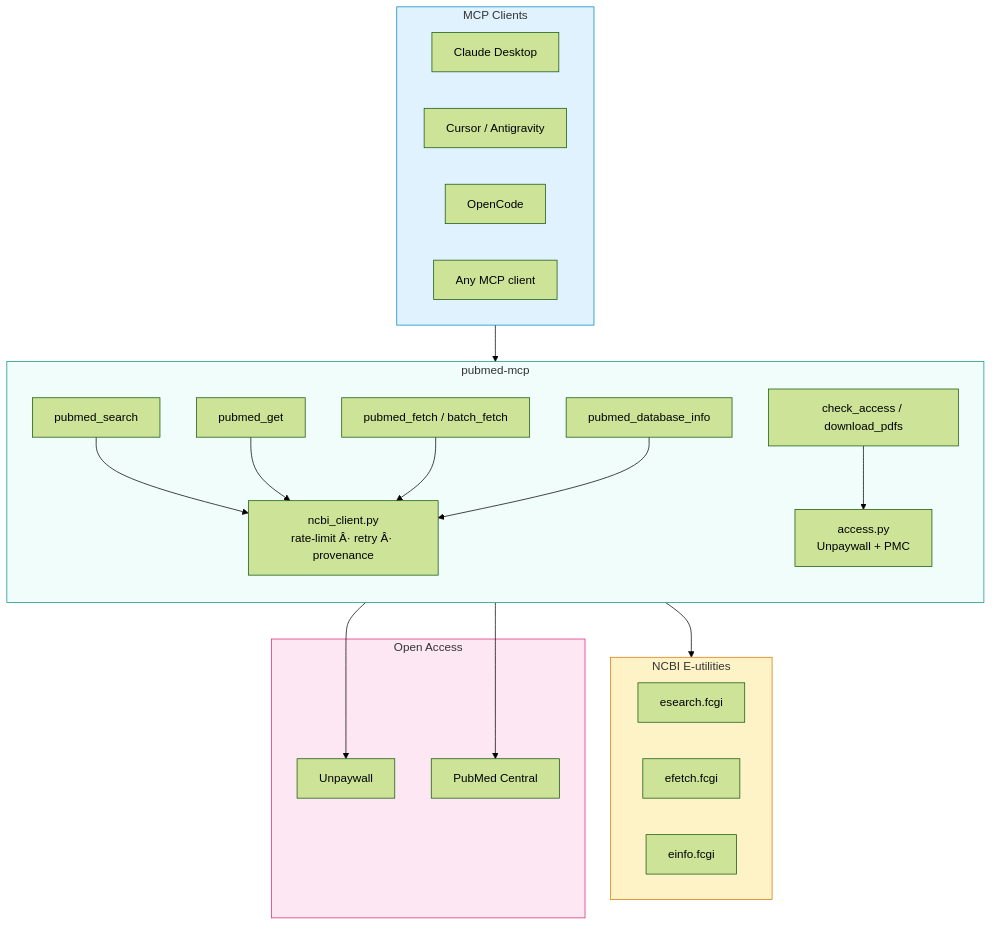
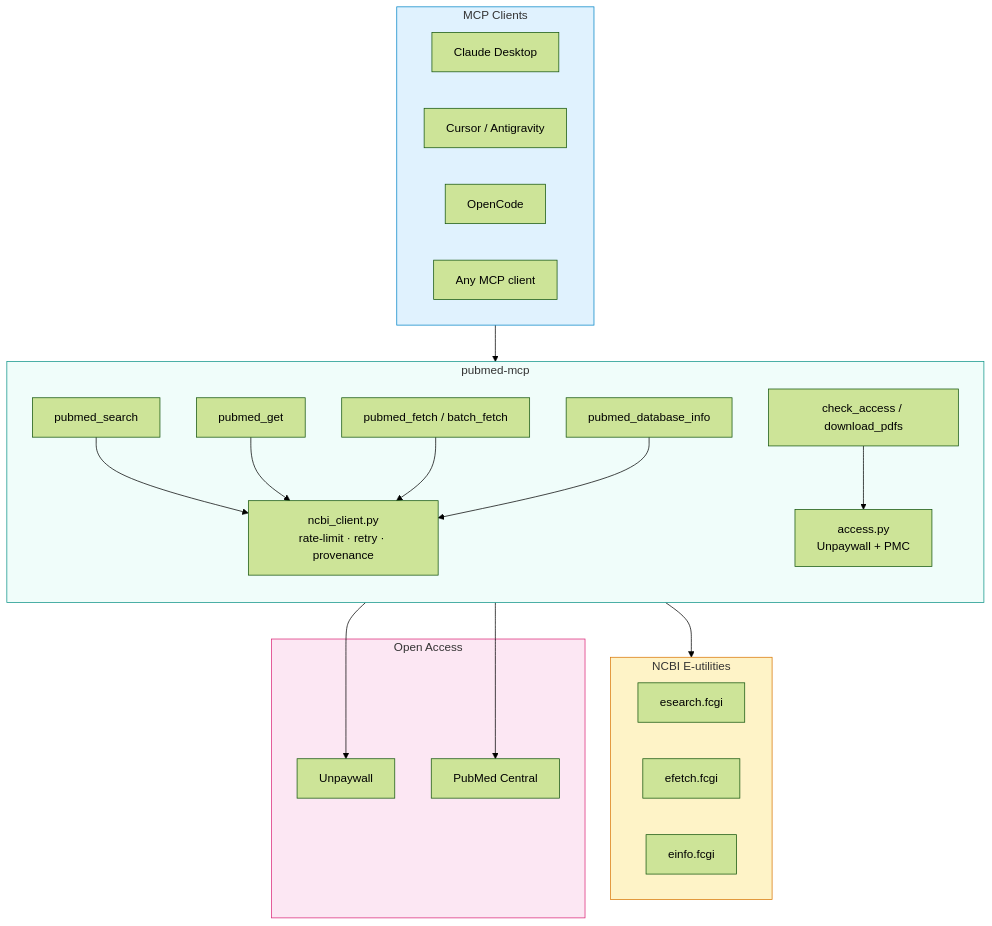
One commit to ahsanmandhar-ui/pubmed-mcp changed the first of 2 diagrams in README.md. Above: the diagram before and after it, drawn with Mermaid (forest theme). The commit also changed other lines of this file and 1 other file, not shown here.

Commit message:
docs: complete README with architecture diagrams and all Phase 1–5 features

````diff
--- a/README.md
+++ b/README.md
@@ -33,44 +31,44 @@
 ```mermaid
 flowchart TB
     subgraph Client["MCP Clients"]
         A[Claude Desktop]
         B[Cursor / Antigravity]
         C[OpenCode]
         D[Any MCP client]
     end
 
     subgraph Server["pubmed-mcp"]
         direction TB
         T1[pubmed_search]
         T2[pubmed_get]
         T3[pubmed_fetch / batch_fetch]
         T4[check_access / download_pdfs]
         T5[pubmed_database_info]
-        
-        NC["ncbi_client.py<br/>rate-limit Â· retry Â· provenance"]
+
+        NC["ncbi_client.py<br/>rate-limit · retry · provenance"]
         ACC["access.py<br/>Unpaywall + PMC"]
     end
 
     subgraph NCBI["NCBI E-utilities"]
         ES[esearch.fcgi]
         EF[efetch.fcgi]
         EI[einfo.fcgi]
     end
 
     subgraph External["Open Access"]
         UP[Unpaywall]
         PMC[PubMed Central]
     end
 
     Client --> Server
     T1 & T2 & T3 & T5 --> NC
     T4 --> ACC
     NC --> NCBI
     ACC --> UP
     ACC --> PMC
 
     style Client fill:#e0f2fe,stroke:#0284c7
     style Server fill:#f0fdfa,stroke:#0d9488
     style NCBI fill:#fef3c7,stroke:#d97706
     style External fill:#fce7f3,stroke:#db2777
 ```
````
